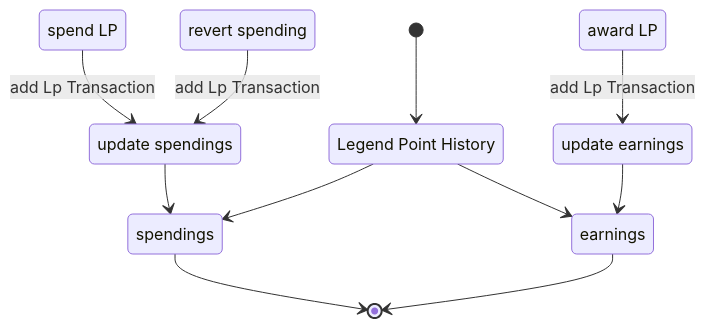
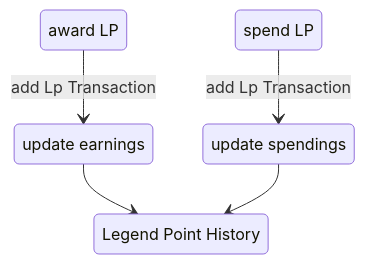
The diagram in documentation/Use Cases/UC_LpTracking-History.md (earthdawn-vtt/fvtt-earthdawn4e), drawn with Mermaid before and after one commit. The commit also changed other lines of this file and 2 other files, not shown here.

Commit message:
finished Earning Legend Points chapter in fs with according documentation

````diff
--- a/documentation/Use Cases/UC_LpTracking-History.md
+++ b/documentation/Use Cases/UC_LpTracking-History.md
@@ -4,30 +7,23 @@
 ```mermaid
 stateDiagram-v2
     classDef fromOutside font-style:italic,font-weight:bold,fill:lightyellow
 
     state1: Legend Point History
-    state2: spendings
-    state3: earnings
+
     state4: update spendings
     state5: update earnings
 
     interaction1: spend LP
-    interaction2: revert spending
+    # interaction2: revert spending
     interaction3: award LP
 
     interaction1:::fromOutside
-    interaction2:::fromOutside
+    # interaction2:::fromOutside
     interaction3:::fromOutside
 
-    [*] --> state1
-    state1 --> state2
     interaction3 --> state5: add Lp Transaction
-    state5 --> state3
-    state1 --> state3
+    state5 --> state1
     interaction1 --> state4: add Lp Transaction
-    state4 --> state2
-    interaction2 --> state4: add Lp Transaction
-    state2 --> [*]
-    state3 --> [*]
-    
+    state4 --> state1
+    # interaction2 --> state4: add Lp Transaction
 ```
````
